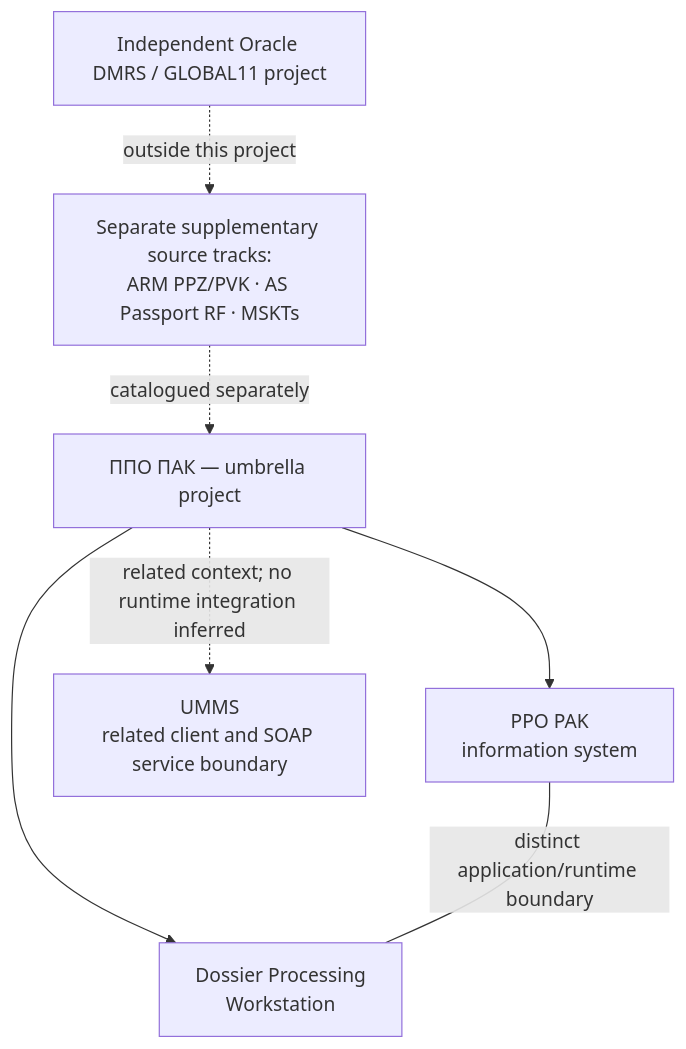
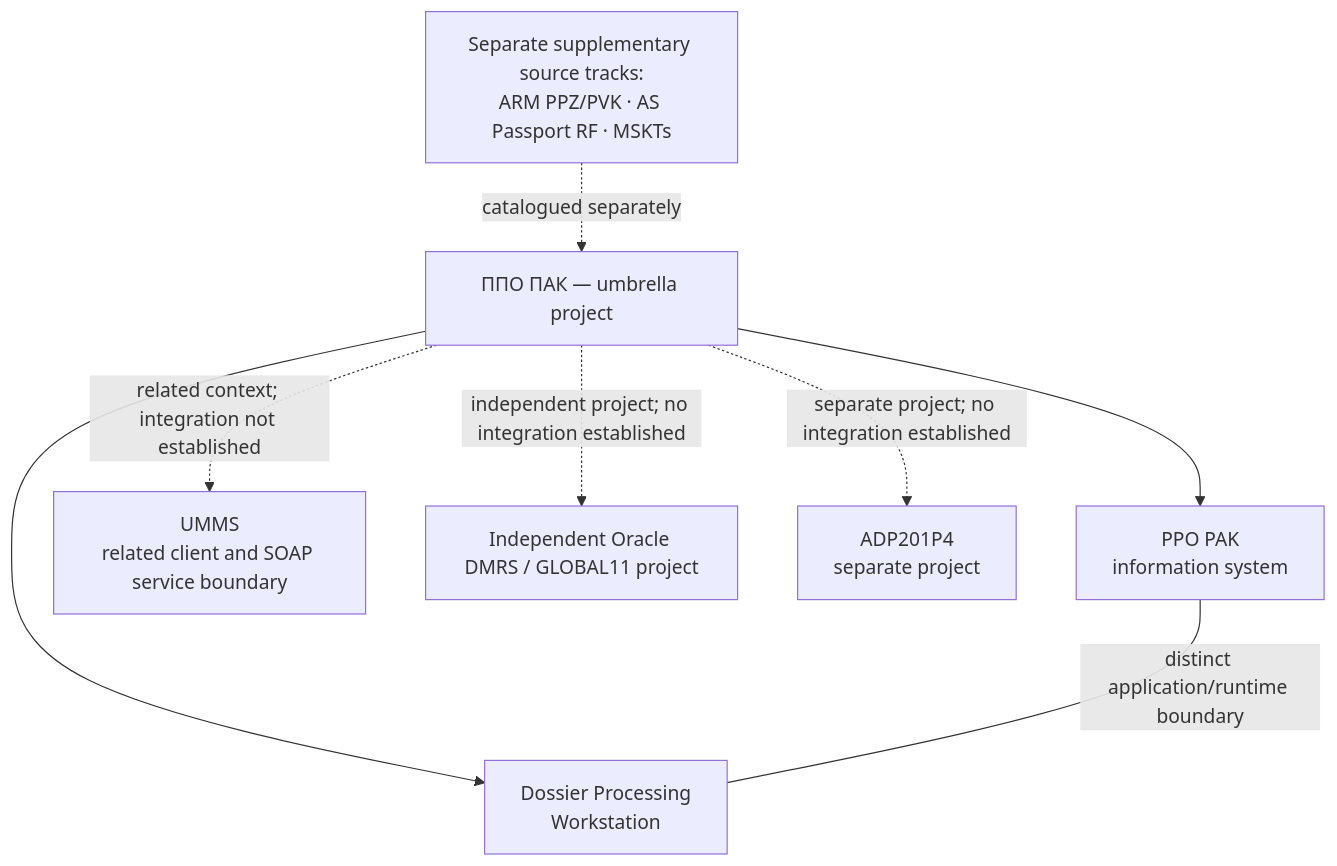
Before and after one commit to ekatmoz88-alt/territory-descriptor-unified: the first of 10 diagrams in materials/architecture/README.md, drawn with Mermaid.

Commit message:
Clarify external project boundaries

````diff
--- a/materials/architecture/README.md
+++ b/materials/architecture/README.md
@@ -30,15 +30,17 @@
 ```mermaid
 flowchart TB
   PROJECT["ППО ПАК — umbrella project"]
   TERR["PPO PAK<br/>information system"]
   DESH["Dossier Processing<br/>Workstation"]
   UMMS["UMMS<br/>related client and SOAP service boundary"]
   SUP["Separate supplementary source tracks:<br/>ARM PPZ/PVK · AS Passport RF · MSKTs"]
   ORACLE["Independent Oracle DMRS / GLOBAL11 project"]
+  ADP["ADP201P4<br/>separate project"]
   PROJECT --> TERR
   PROJECT --> DESH
-  PROJECT -.->|"related context; no runtime integration inferred"| UMMS
+  PROJECT -.->|"related context; integration not established"| UMMS
+  PROJECT -.->|"independent project; no integration established"| ORACLE
+  PROJECT -.->|"separate project; no integration established"| ADP
   SUP -.->|"catalogued separately"| PROJECT
-  ORACLE -.->|"outside this project"| SUP
   TERR ---|"distinct application/runtime boundary"| DESH
 ```
````
